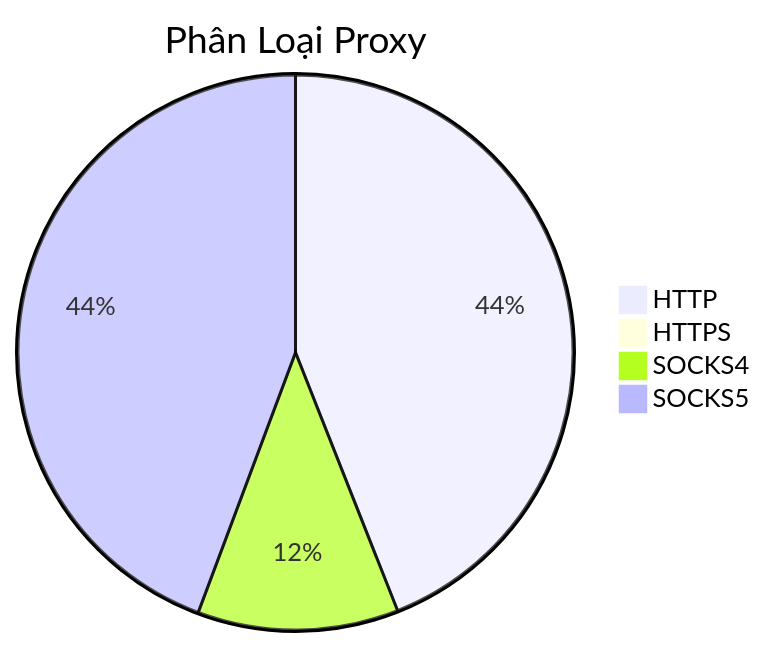
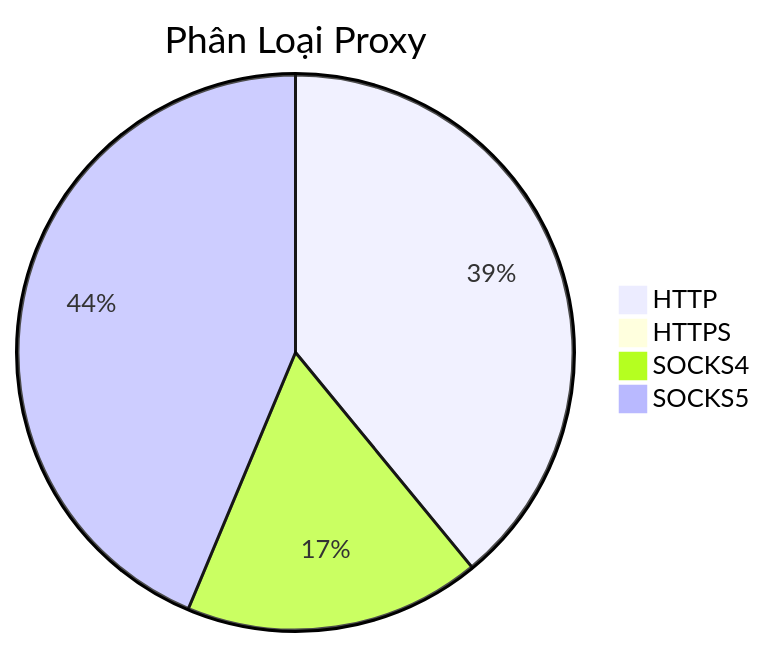
One commit to Ciara-Aa/PROXY-free changed the diagram in README.md. Above: the diagram before and after it, drawn with Mermaid. The commit also changed other lines of this file and 4 other files, not shown here.

````diff
--- a/README.md
+++ b/README.md
@@ -26,7 +26,7 @@
 ```mermaid
 pie title Phân Loại Proxy
-    "HTTP" : 749
-    "HTTPS" : 2
-    "SOCKS4" : 199
-    "SOCKS5" : 754
+    "HTTP" : 858
+    "HTTPS" : 4
+    "SOCKS4" : 379
+    "SOCKS5" : 960
 ```
````
